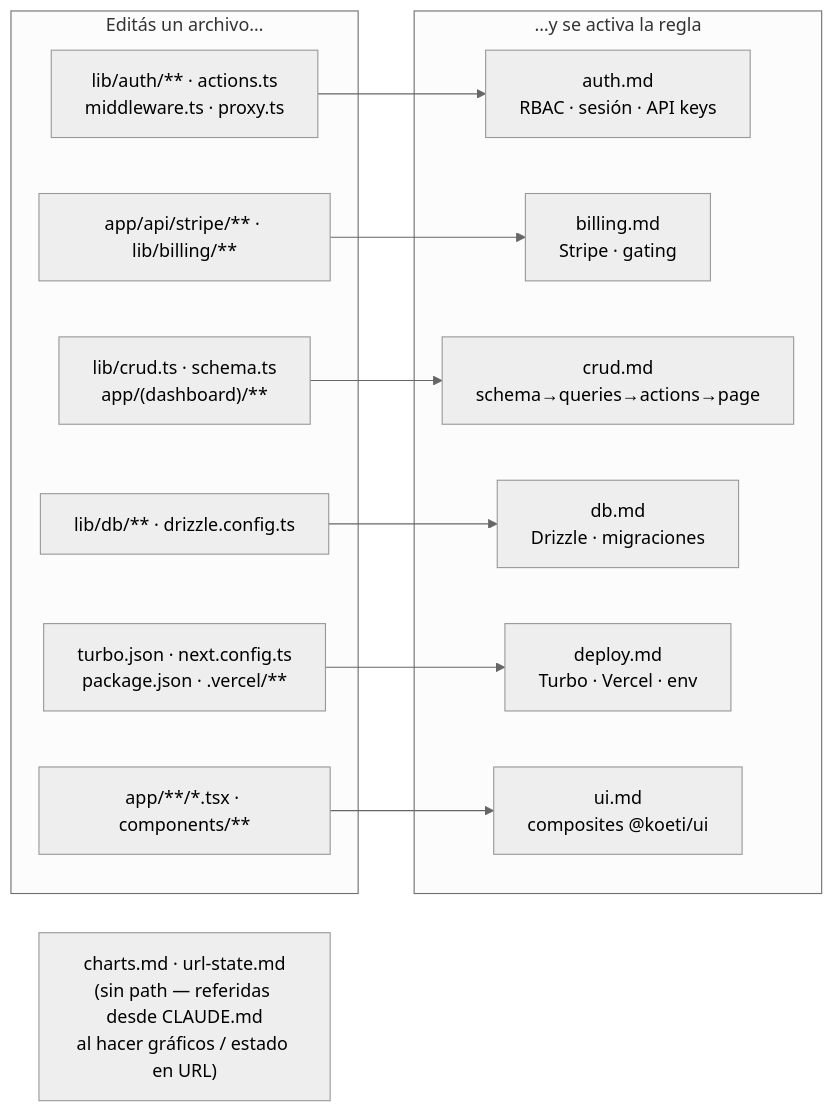
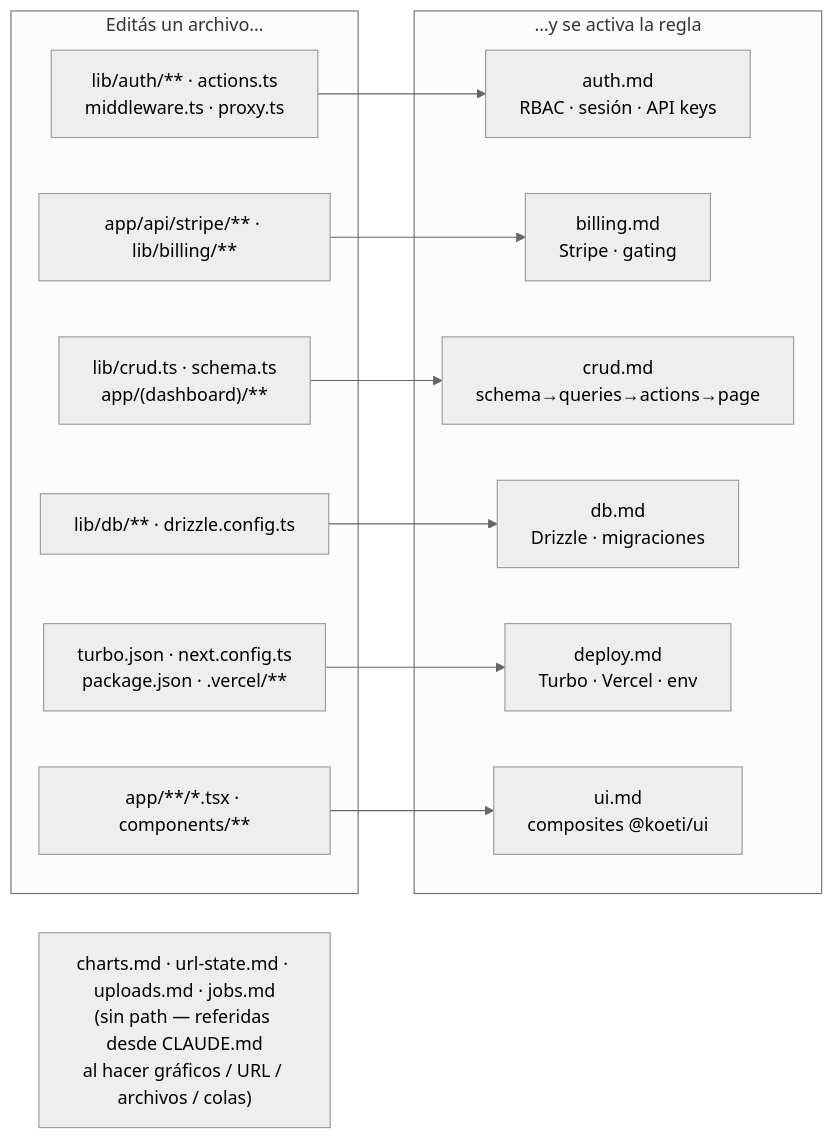
Before and after one commit to gsmkev/koeti-mvp-factory: diagram 12 of 14 in docs/agent/architecture.md, drawn with Mermaid (neutral theme). The commit also changed other lines of this file and 61 other files, not shown here.

First line of the commit message:
feat: platform hardening — uploads, jobs queue, notifications, durable rate limit, indexes, pagination

````diff
--- a/docs/agent/architecture.md
+++ b/docs/agent/architecture.md
@@ -426,27 +433,27 @@
 ```mermaid
 flowchart LR
   subgraph files["Editás un archivo…"]
     f_auth["lib/auth/** · actions.ts<br/>middleware.ts · proxy.ts"]
     f_bill["app/api/stripe/** · lib/billing/**"]
     f_crud["lib/crud.ts · schema.ts<br/>app/(dashboard)/**"]
     f_db["lib/db/** · drizzle.config.ts"]
     f_dep["turbo.json · next.config.ts<br/>package.json · .vercel/**"]
     f_ui["app/**/*.tsx · components/**"]
   end
   subgraph rules["…y se activa la regla"]
     r_auth["auth.md<br/>RBAC · sesión · API keys"]
     r_bill["billing.md<br/>Stripe · gating"]
     r_crud["crud.md<br/>schema→queries→actions→page"]
     r_db["db.md<br/>Drizzle · migraciones"]
     r_dep["deploy.md<br/>Turbo · Vercel · env"]
     r_ui["ui.md<br/>composites @koeti/ui"]
   end
   f_auth --> r_auth
   f_bill --> r_bill
   f_crud --> r_crud
   f_db --> r_db
   f_dep --> r_dep
   f_ui --> r_ui
 
-  manual["charts.md · url-state.md<br/>(sin path — referidas desde CLAUDE.md<br/>al hacer gráficos / estado en URL)"]
+  manual["charts.md · url-state.md · uploads.md · jobs.md<br/>(sin path — referidas desde CLAUDE.md<br/>al hacer gráficos / URL / archivos / colas)"]
 ```
````
